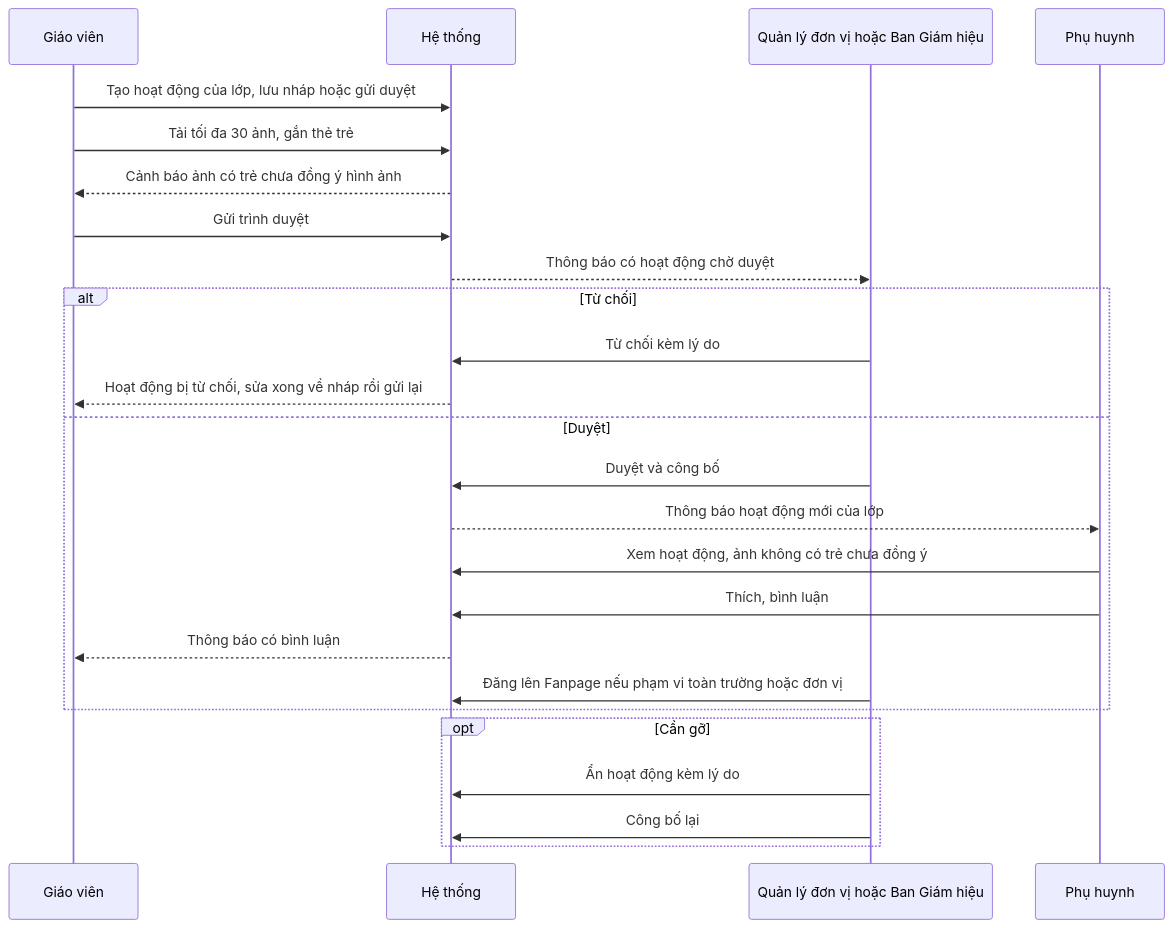
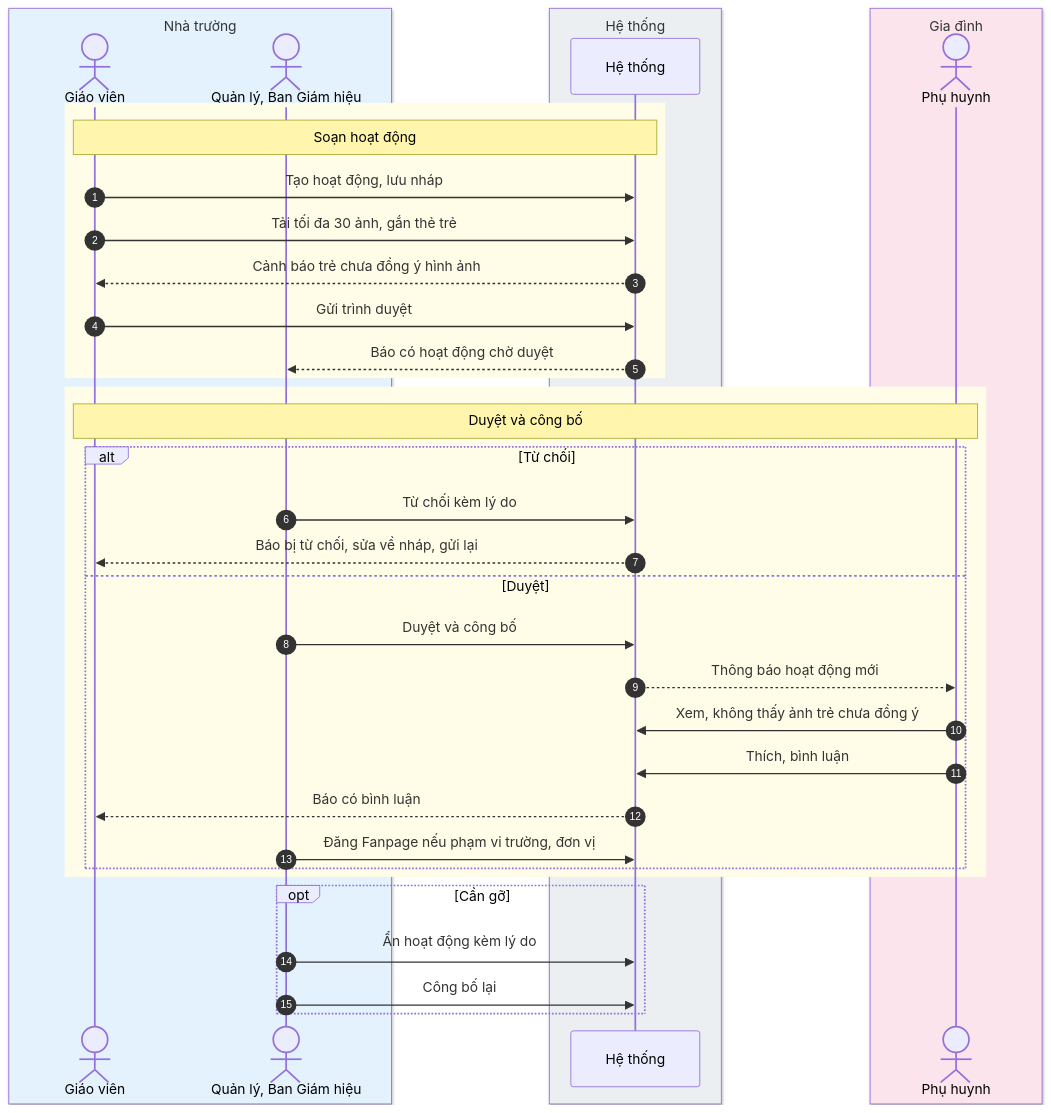
One commit to luckyshopvn/school_management changed the ninth of 12 diagrams in tai_lieu/34_TONG_HOP_CHUC_NANG_HE_THONG/05_TAI_CHINH_NHAN_SU_HAU_CAN.md. Above: the diagram before and after it, drawn with Mermaid. The commit also changed other lines of this file and 8 other files, not shown here.

First line of the commit message:
Tài liệu 34: vẽ lại toàn bộ sơ đồ cho trực quan, thêm bản PDF gộp

````diff
--- a/tai_lieu/34_TONG_HOP_CHUC_NANG_HE_THONG/05_TAI_CHINH_NHAN_SU_HAU_CAN.md
+++ b/tai_lieu/34_TONG_HOP_CHUC_NANG_HE_THONG/05_TAI_CHINH_NHAN_SU_HAU_CAN.md
@@ -633,27 +900,40 @@
 ```mermaid
 sequenceDiagram
-  participant GV as Giáo viên
-  participant HT as Hệ thống
-  participant QL as Quản lý đơn vị hoặc Ban Giám hiệu
-  participant PH as Phụ huynh
-  GV->>HT: Tạo hoạt động của lớp, lưu nháp hoặc gửi duyệt
-  GV->>HT: Tải tối đa 30 ảnh, gắn thẻ trẻ
-  HT-->>GV: Cảnh báo ảnh có trẻ chưa đồng ý hình ảnh
-  GV->>HT: Gửi trình duyệt
-  HT-->>QL: Thông báo có hoạt động chờ duyệt
-  alt Từ chối
-    QL->>HT: Từ chối kèm lý do
-    HT-->>GV: Hoạt động bị từ chối, sửa xong về nháp rồi gửi lại
-  else Duyệt
-    QL->>HT: Duyệt và công bố
-    HT-->>PH: Thông báo hoạt động mới của lớp
-    PH->>HT: Xem hoạt động, ảnh không có trẻ chưa đồng ý
-    PH->>HT: Thích, bình luận
-    HT-->>GV: Thông báo có bình luận
-    QL->>HT: Đăng lên Fanpage nếu phạm vi toàn trường hoặc đơn vị
+  autonumber
+  box rgb(227,242,253) Nhà trường
+    actor GV as Giáo viên
+    actor QL as Quản lý, Ban Giám hiệu
+  end
+  box rgb(236,239,241) Hệ thống
+    participant HT as Hệ thống
+  end
+  box rgb(252,228,236) Gia đình
+    actor PH as Phụ huynh
+  end
+  rect rgb(255,253,231)
+    Note over GV,HT: Soạn hoạt động
+    GV->>HT: Tạo hoạt động, lưu nháp
+    GV->>HT: Tải tối đa 30 ảnh, gắn thẻ trẻ
+    HT-->>GV: Cảnh báo trẻ chưa đồng ý hình ảnh
+    GV->>HT: Gửi trình duyệt
+    HT-->>QL: Báo có hoạt động chờ duyệt
+  end
+  rect rgb(255,253,231)
+    Note over GV,PH: Duyệt và công bố
+    alt Từ chối
+      QL->>HT: Từ chối kèm lý do
+      HT-->>GV: Báo bị từ chối, sửa về nháp, gửi lại
+    else Duyệt
+      QL->>HT: Duyệt và công bố
+      HT-->>PH: Thông báo hoạt động mới
+      PH->>HT: Xem, không thấy ảnh trẻ chưa đồng ý
+      PH->>HT: Thích, bình luận
+      HT-->>GV: Báo có bình luận
+      QL->>HT: Đăng Fanpage nếu phạm vi trường, đơn vị
+    end
   end
   opt Cần gỡ
     QL->>HT: Ẩn hoạt động kèm lý do
     QL->>HT: Công bố lại
   end
 ```
````
